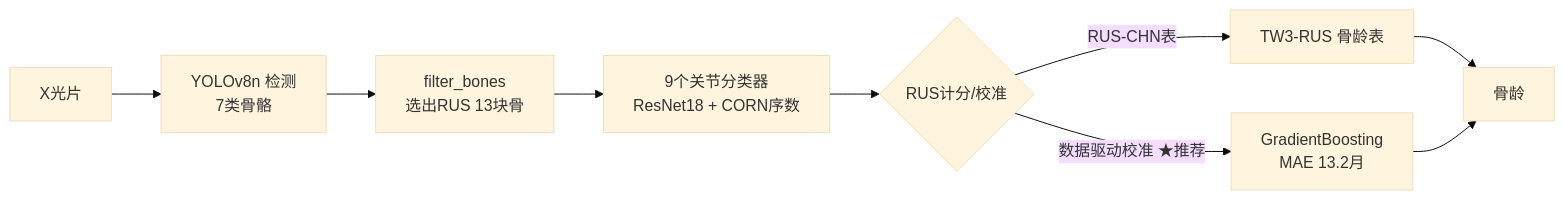
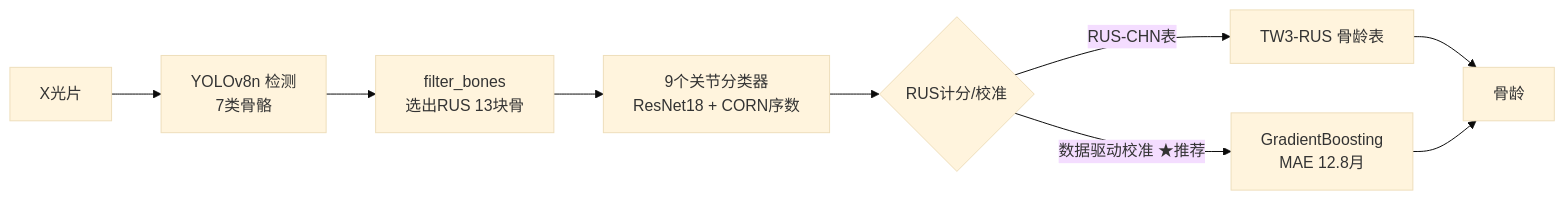
One commit to 001MONEY/ZSXC changed the diagram in week12/Bone Age Assessment/README.md. Above: the diagram before and after it, drawn with Mermaid (base theme). The commit also changed other lines of this file and 1 other file, not shown here.

Commit message:
week12: README更新至最终版(全量校准12.83/端到端10.57/演示/热力图) + pipeline新增--do-preprocess

````diff
--- a/week12/Bone Age Assessment/README.md
+++ b/week12/Bone Age Assessment/README.md
@@ -7,11 +9,11 @@
 ```mermaid
 flowchart LR
     A[X光片] --> B[YOLOv8n 检测<br/>7类骨骼]
     B --> C[filter_bones<br/>选出RUS 13块骨]
     C --> D[9个关节分类器<br/>ResNet18 + CORN序数]
     D --> E{RUS计分/校准}
     E -->|RUS-CHN表| F[TW3-RUS 骨龄表]
-    E -->|数据驱动校准 ★推荐| G[GradientBoosting<br/>MAE 13.2月]
+    E -->|数据驱动校准 ★推荐| G[GradientBoosting<br/>MAE 12.8月]
     F --> H[骨龄]
     G --> H
 ```
````
